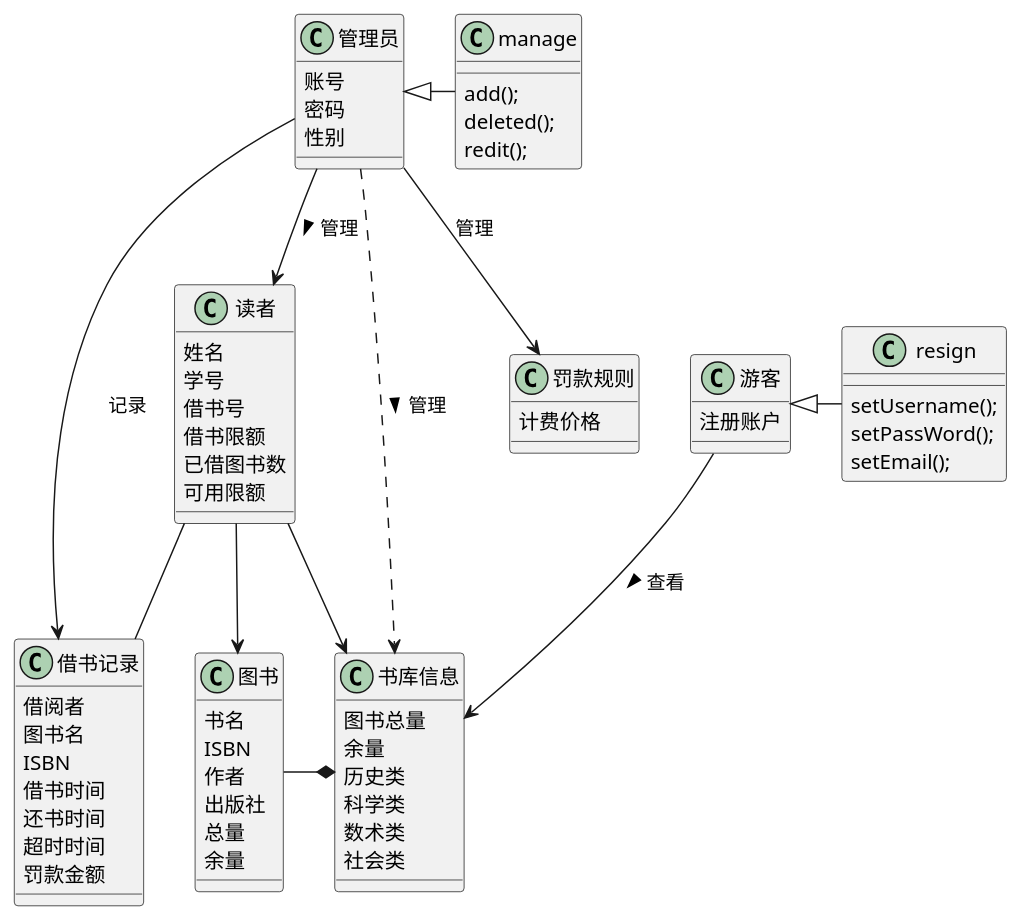
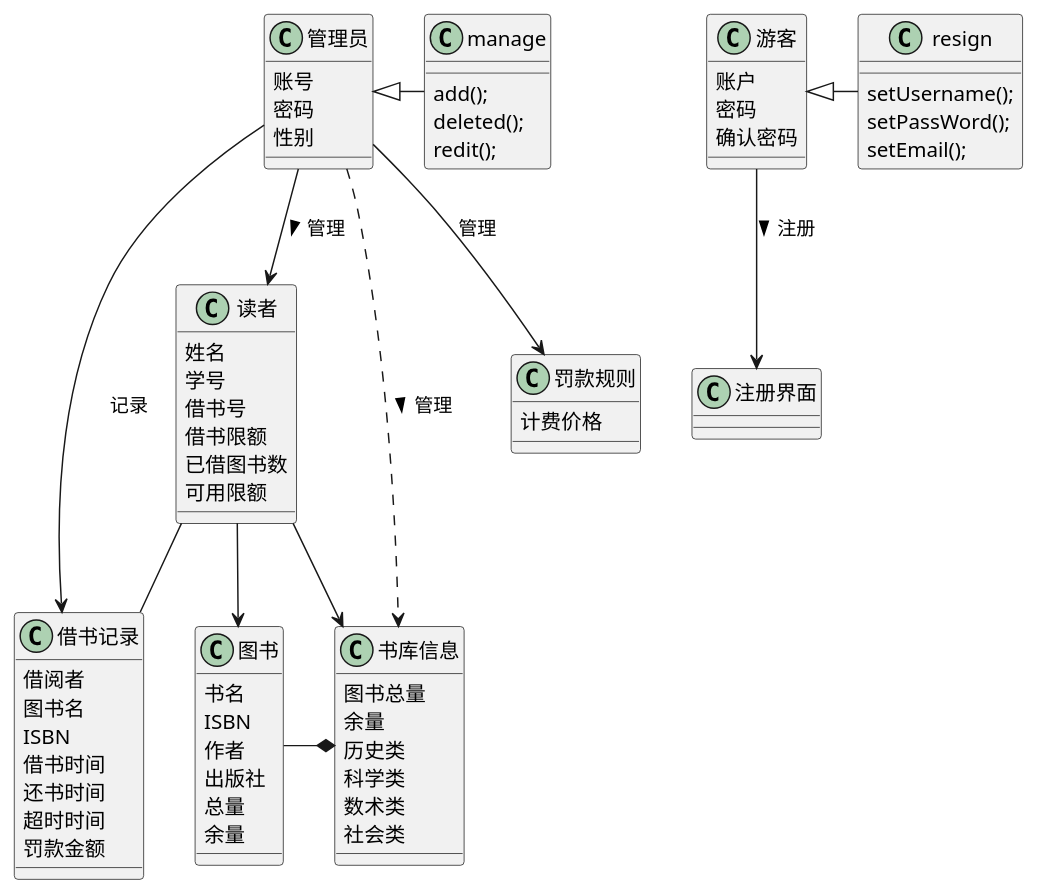
Before and after one commit to 1095729006/is_analysis-3: the diagram in test3/main.puml, drawn with PlantUML. The commit also changed 5 other files, not shown here.

```diff
--- a/test3/main.puml
+++ b/test3/main.puml
@@ -1,72 +1,74 @@
 @startuml
 class 读者{
 姓名
 学号
 借书号
 借书限额
 已借图书数
 可用限额
 }
 
 class 管理员{
 账号
 密码
 性别
 }
 
 class 游客{
- 注册账户
+ 账户
+ 密码
+ 确认密码
 }
 
 class 书库信息{
 图书总量
 余量
 历史类
 科学类
 数术类
 社会类
 }
 class 图书{
 书名
 ISBN
 作者
 出版社
 总量
 余量
 }
 class 借书记录{
 借阅者
 图书名
 ISBN
 借书时间
 还书时间
 超时时间
 罚款金额
 }
 class 罚款规则{
 计费价格
 }
 
 管理员 --> 读者 : 管理 >
 管理员 ..> 书库信息 :管理 >
 管理员->借书记录:记录
 管理员-->罚款规则:管理
 读者-->图书
 读者->书库信息
 读者--借书记录
-游客-->书库信息:查看 >
+游客-->注册界面:注册 >
 图书-*书库信息
 管理员<|- manage
 object manage{
 add();
 deleted();
 redit();
 }
 游客<|- resign
 object resign{
 setUsername();
 setPassWord();
 setEmail();
 }
 
 @enduml
```
